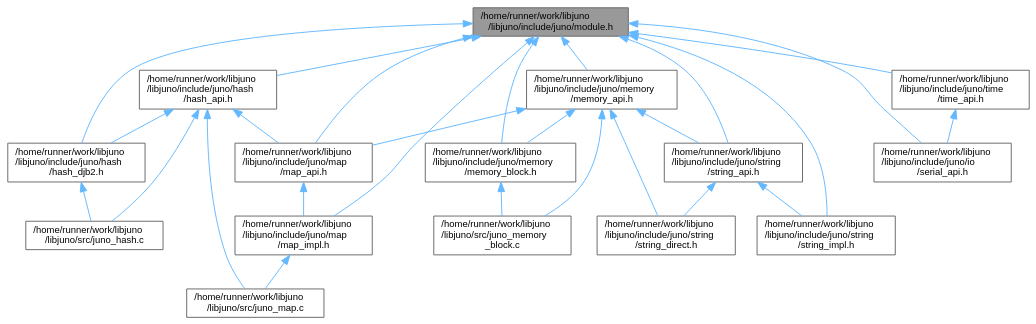
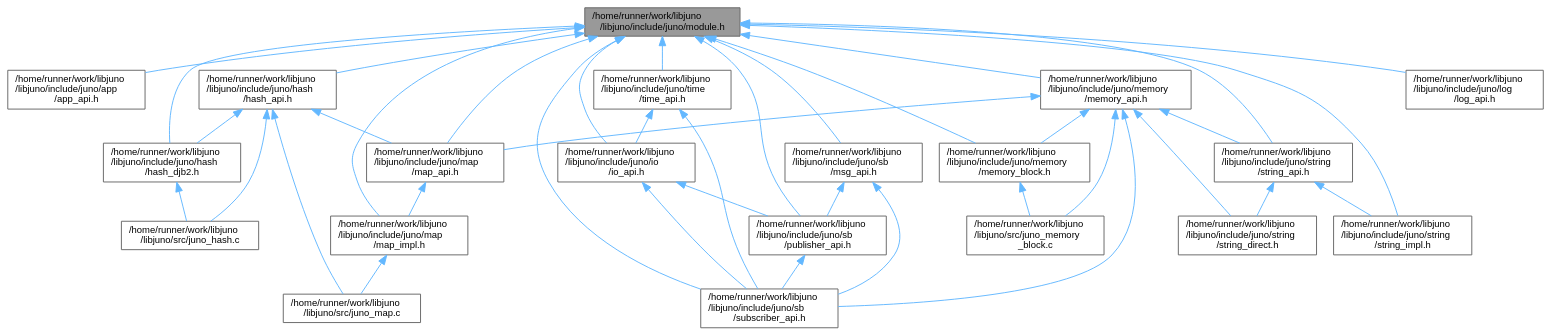
Before and after one commit to robinonsay/libjuno: the diagram in module_8h__dep__incl.dot, drawn with Graphviz. The commit also changed 227 other files, not shown here.

```diff
--- a/module_8h__dep__incl.dot
+++ b/module_8h__dep__incl.dot
@@ -6,43 +6,60 @@
   node [fontname=Helvetica,fontsize=10,shape=box,height=0.2,width=0.4];
   Node1 [id="Node000001",label="/home/runner/work/libjuno\l/libjuno/include/juno/module.h",height=0.2,width=0.4,color="gray40", fillcolor="grey60", style="filled", fontcolor="black",tooltip=" "];
   Node1 -> Node2 [id="edge1_Node000001_Node000002",dir="back",color="steelblue1",style="solid",tooltip=" "];
-  Node2 [id="Node000002",label="/home/runner/work/libjuno\l/libjuno/include/juno/hash\l/hash_api.h",height=0.2,width=0.4,color="grey40", fillcolor="white", style="filled",URL="$hash__api_8h.html",tooltip=" "];
-  Node2 -> Node3 [id="edge2_Node000002_Node000003",dir="back",color="steelblue1",style="solid",tooltip=" "];
-  Node3 [id="Node000003",label="/home/runner/work/libjuno\l/libjuno/include/juno/hash\l/hash_djb2.h",height=0.2,width=0.4,color="grey40", fillcolor="white", style="filled",URL="$hash__djb2_8h.html",tooltip=" "];
+  Node2 [id="Node000002",label="/home/runner/work/libjuno\l/libjuno/include/juno/app\l/app_api.h",height=0.2,width=0.4,color="grey40", fillcolor="white", style="filled",URL="$app__api_8h.html",tooltip=" "];
+  Node1 -> Node3 [id="edge2_Node000001_Node000003",dir="back",color="steelblue1",style="solid",tooltip=" "];
+  Node3 [id="Node000003",label="/home/runner/work/libjuno\l/libjuno/include/juno/hash\l/hash_api.h",height=0.2,width=0.4,color="grey40", fillcolor="white", style="filled",URL="$hash__api_8h.html",tooltip=" "];
   Node3 -> Node4 [id="edge3_Node000003_Node000004",dir="back",color="steelblue1",style="solid",tooltip=" "];
-  Node4 [id="Node000004",label="/home/runner/work/libjuno\l/libjuno/src/juno_hash.c",height=0.2,width=0.4,color="grey40", fillcolor="white", style="filled",URL="$juno__hash_8c.html",tooltip=" "];
-  Node2 -> Node5 [id="edge4_Node000002_Node000005",dir="back",color="steelblue1",style="solid",tooltip=" "];
-  Node5 [id="Node000005",label="/home/runner/work/libjuno\l/libjuno/include/juno/map\l/map_api.h",height=0.2,width=0.4,color="grey40", fillcolor="white", style="filled",URL="$map__api_8h.html",tooltip=" "];
-  Node5 -> Node6 [id="edge5_Node000005_Node000006",dir="back",color="steelblue1",style="solid",tooltip=" "];
-  Node6 [id="Node000006",label="/home/runner/work/libjuno\l/libjuno/include/juno/map\l/map_impl.h",height=0.2,width=0.4,color="grey40", fillcolor="white", style="filled",URL="$map__impl_8h.html",tooltip=" "];
+  Node4 [id="Node000004",label="/home/runner/work/libjuno\l/libjuno/include/juno/hash\l/hash_djb2.h",height=0.2,width=0.4,color="grey40", fillcolor="white", style="filled",URL="$hash__djb2_8h.html",tooltip=" "];
+  Node4 -> Node5 [id="edge4_Node000004_Node000005",dir="back",color="steelblue1",style="solid",tooltip=" "];
+  Node5 [id="Node000005",label="/home/runner/work/libjuno\l/libjuno/src/juno_hash.c",height=0.2,width=0.4,color="grey40", fillcolor="white", style="filled",URL="$juno__hash_8c.html",tooltip=" "];
+  Node3 -> Node6 [id="edge5_Node000003_Node000006",dir="back",color="steelblue1",style="solid",tooltip=" "];
+  Node6 [id="Node000006",label="/home/runner/work/libjuno\l/libjuno/include/juno/map\l/map_api.h",height=0.2,width=0.4,color="grey40", fillcolor="white", style="filled",URL="$map__api_8h.html",tooltip=" "];
   Node6 -> Node7 [id="edge6_Node000006_Node000007",dir="back",color="steelblue1",style="solid",tooltip=" "];
-  Node7 [id="Node000007",label="/home/runner/work/libjuno\l/libjuno/src/juno_map.c",height=0.2,width=0.4,color="grey40", fillcolor="white", style="filled",URL="$juno__map_8c.html",tooltip=" "];
-  Node2 -> Node4 [id="edge7_Node000002_Node000004",dir="back",color="steelblue1",style="solid",tooltip=" "];
-  Node2 -> Node7 [id="edge8_Node000002_Node000007",dir="back",color="steelblue1",style="solid",tooltip=" "];
-  Node1 -> Node3 [id="edge9_Node000001_Node000003",dir="back",color="steelblue1",style="solid",tooltip=" "];
-  Node1 -> Node8 [id="edge10_Node000001_Node000008",dir="back",color="steelblue1",style="solid",tooltip=" "];
-  Node8 [id="Node000008",label="/home/runner/work/libjuno\l/libjuno/include/juno/io\l/serial_api.h",height=0.2,width=0.4,color="grey40", fillcolor="white", style="filled",URL="$serial__api_8h.html",tooltip=" "];
-  Node1 -> Node5 [id="edge11_Node000001_Node000005",dir="back",color="steelblue1",style="solid",tooltip=" "];
-  Node1 -> Node6 [id="edge12_Node000001_Node000006",dir="back",color="steelblue1",style="solid",tooltip=" "];
-  Node1 -> Node9 [id="edge13_Node000001_Node000009",dir="back",color="steelblue1",style="solid",tooltip=" "];
-  Node9 [id="Node000009",label="/home/runner/work/libjuno\l/libjuno/include/juno/memory\l/memory_api.h",height=0.2,width=0.4,color="grey40", fillcolor="white", style="filled",URL="$memory__api_8h.html",tooltip=" "];
-  Node9 -> Node5 [id="edge14_Node000009_Node000005",dir="back",color="steelblue1",style="solid",tooltip=" "];
-  Node9 -> Node10 [id="edge15_Node000009_Node000010",dir="back",color="steelblue1",style="solid",tooltip=" "];
-  Node10 [id="Node000010",label="/home/runner/work/libjuno\l/libjuno/include/juno/memory\l/memory_block.h",height=0.2,width=0.4,color="grey40", fillcolor="white", style="filled",URL="$memory__block_8h.html",tooltip=" "];
-  Node10 -> Node11 [id="edge16_Node000010_Node000011",dir="back",color="steelblue1",style="solid",tooltip=" "];
-  Node11 [id="Node000011",label="/home/runner/work/libjuno\l/libjuno/src/juno_memory\l_block.c",height=0.2,width=0.4,color="grey40", fillcolor="white", style="filled",URL="$juno__memory__block_8c.html",tooltip=" "];
-  Node9 -> Node12 [id="edge17_Node000009_Node000012",dir="back",color="steelblue1",style="solid",tooltip=" "];
-  Node12 [id="Node000012",label="/home/runner/work/libjuno\l/libjuno/include/juno/string\l/string_api.h",height=0.2,width=0.4,color="grey40", fillcolor="white", style="filled",URL="$string__api_8h.html",tooltip=" "];
-  Node12 -> Node13 [id="edge18_Node000012_Node000013",dir="back",color="steelblue1",style="solid",tooltip=" "];
-  Node13 [id="Node000013",label="/home/runner/work/libjuno\l/libjuno/include/juno/string\l/string_direct.h",height=0.2,width=0.4,color="grey40", fillcolor="white", style="filled",URL="$string__direct_8h.html",tooltip=" "];
-  Node12 -> Node14 [id="edge19_Node000012_Node000014",dir="back",color="steelblue1",style="solid",tooltip=" "];
-  Node14 [id="Node000014",label="/home/runner/work/libjuno\l/libjuno/include/juno/string\l/string_impl.h",height=0.2,width=0.4,color="grey40", fillcolor="white", style="filled",URL="$string__impl_8h.html",tooltip=" "];
-  Node9 -> Node13 [id="edge20_Node000009_Node000013",dir="back",color="steelblue1",style="solid",tooltip=" "];
-  Node9 -> Node11 [id="edge21_Node000009_Node000011",dir="back",color="steelblue1",style="solid",tooltip=" "];
-  Node1 -> Node10 [id="edge22_Node000001_Node000010",dir="back",color="steelblue1",style="solid",tooltip=" "];
-  Node1 -> Node12 [id="edge23_Node000001_Node000012",dir="back",color="steelblue1",style="solid",tooltip=" "];
-  Node1 -> Node14 [id="edge24_Node000001_Node000014",dir="back",color="steelblue1",style="solid",tooltip=" "];
-  Node1 -> Node15 [id="edge25_Node000001_Node000015",dir="back",color="steelblue1",style="solid",tooltip=" "];
-  Node15 [id="Node000015",label="/home/runner/work/libjuno\l/libjuno/include/juno/time\l/time_api.h",height=0.2,width=0.4,color="grey40", fillcolor="white", style="filled",URL="$time__api_8h.html",tooltip=" "];
-  Node15 -> Node8 [id="edge26_Node000015_Node000008",dir="back",color="steelblue1",style="solid",tooltip=" "];
+  Node7 [id="Node000007",label="/home/runner/work/libjuno\l/libjuno/include/juno/map\l/map_impl.h",height=0.2,width=0.4,color="grey40", fillcolor="white", style="filled",URL="$map__impl_8h.html",tooltip=" "];
+  Node7 -> Node8 [id="edge7_Node000007_Node000008",dir="back",color="steelblue1",style="solid",tooltip=" "];
+  Node8 [id="Node000008",label="/home/runner/work/libjuno\l/libjuno/src/juno_map.c",height=0.2,width=0.4,color="grey40", fillcolor="white", style="filled",URL="$juno__map_8c.html",tooltip=" "];
+  Node3 -> Node5 [id="edge8_Node000003_Node000005",dir="back",color="steelblue1",style="solid",tooltip=" "];
+  Node3 -> Node8 [id="edge9_Node000003_Node000008",dir="back",color="steelblue1",style="solid",tooltip=" "];
+  Node1 -> Node4 [id="edge10_Node000001_Node000004",dir="back",color="steelblue1",style="solid",tooltip=" "];
+  Node1 -> Node9 [id="edge11_Node000001_Node000009",dir="back",color="steelblue1",style="solid",tooltip=" "];
+  Node9 [id="Node000009",label="/home/runner/work/libjuno\l/libjuno/include/juno/io\l/io_api.h",height=0.2,width=0.4,color="grey40", fillcolor="white", style="filled",URL="$io__api_8h.html",tooltip=" "];
+  Node9 -> Node10 [id="edge12_Node000009_Node000010",dir="back",color="steelblue1",style="solid",tooltip=" "];
+  Node10 [id="Node000010",label="/home/runner/work/libjuno\l/libjuno/include/juno/sb\l/publisher_api.h",height=0.2,width=0.4,color="grey40", fillcolor="white", style="filled",URL="$publisher__api_8h.html",tooltip=" "];
+  Node10 -> Node11 [id="edge13_Node000010_Node000011",dir="back",color="steelblue1",style="solid",tooltip=" "];
+  Node11 [id="Node000011",label="/home/runner/work/libjuno\l/libjuno/include/juno/sb\l/subscriber_api.h",height=0.2,width=0.4,color="grey40", fillcolor="white", style="filled",URL="$subscriber__api_8h.html",tooltip=" "];
+  Node9 -> Node11 [id="edge14_Node000009_Node000011",dir="back",color="steelblue1",style="solid",tooltip=" "];
+  Node1 -> Node12 [id="edge15_Node000001_Node000012",dir="back",color="steelblue1",style="solid",tooltip=" "];
+  Node12 [id="Node000012",label="/home/runner/work/libjuno\l/libjuno/include/juno/log\l/log_api.h",height=0.2,width=0.4,color="grey40", fillcolor="white", style="filled",URL="$log__api_8h.html",tooltip=" "];
+  Node1 -> Node6 [id="edge16_Node000001_Node000006",dir="back",color="steelblue1",style="solid",tooltip=" "];
+  Node1 -> Node7 [id="edge17_Node000001_Node000007",dir="back",color="steelblue1",style="solid",tooltip=" "];
+  Node1 -> Node13 [id="edge18_Node000001_Node000013",dir="back",color="steelblue1",style="solid",tooltip=" "];
+  Node13 [id="Node000013",label="/home/runner/work/libjuno\l/libjuno/include/juno/memory\l/memory_api.h",height=0.2,width=0.4,color="grey40", fillcolor="white", style="filled",URL="$memory__api_8h.html",tooltip=" "];
+  Node13 -> Node6 [id="edge19_Node000013_Node000006",dir="back",color="steelblue1",style="solid",tooltip=" "];
+  Node13 -> Node14 [id="edge20_Node000013_Node000014",dir="back",color="steelblue1",style="solid",tooltip=" "];
+  Node14 [id="Node000014",label="/home/runner/work/libjuno\l/libjuno/include/juno/memory\l/memory_block.h",height=0.2,width=0.4,color="grey40", fillcolor="white", style="filled",URL="$memory__block_8h.html",tooltip=" "];
+  Node14 -> Node15 [id="edge21_Node000014_Node000015",dir="back",color="steelblue1",style="solid",tooltip=" "];
+  Node15 [id="Node000015",label="/home/runner/work/libjuno\l/libjuno/src/juno_memory\l_block.c",height=0.2,width=0.4,color="grey40", fillcolor="white", style="filled",URL="$juno__memory__block_8c.html",tooltip=" "];
+  Node13 -> Node11 [id="edge22_Node000013_Node000011",dir="back",color="steelblue1",style="solid",tooltip=" "];
+  Node13 -> Node16 [id="edge23_Node000013_Node000016",dir="back",color="steelblue1",style="solid",tooltip=" "];
+  Node16 [id="Node000016",label="/home/runner/work/libjuno\l/libjuno/include/juno/string\l/string_api.h",height=0.2,width=0.4,color="grey40", fillcolor="white", style="filled",URL="$string__api_8h.html",tooltip=" "];
+  Node16 -> Node17 [id="edge24_Node000016_Node000017",dir="back",color="steelblue1",style="solid",tooltip=" "];
+  Node17 [id="Node000017",label="/home/runner/work/libjuno\l/libjuno/include/juno/string\l/string_direct.h",height=0.2,width=0.4,color="grey40", fillcolor="white", style="filled",URL="$string__direct_8h.html",tooltip=" "];
+  Node16 -> Node18 [id="edge25_Node000016_Node000018",dir="back",color="steelblue1",style="solid",tooltip=" "];
+  Node18 [id="Node000018",label="/home/runner/work/libjuno\l/libjuno/include/juno/string\l/string_impl.h",height=0.2,width=0.4,color="grey40", fillcolor="white", style="filled",URL="$string__impl_8h.html",tooltip=" "];
+  Node13 -> Node17 [id="edge26_Node000013_Node000017",dir="back",color="steelblue1",style="solid",tooltip=" "];
+  Node13 -> Node15 [id="edge27_Node000013_Node000015",dir="back",color="steelblue1",style="solid",tooltip=" "];
+  Node1 -> Node14 [id="edge28_Node000001_Node000014",dir="back",color="steelblue1",style="solid",tooltip=" "];
+  Node1 -> Node19 [id="edge29_Node000001_Node000019",dir="back",color="steelblue1",style="solid",tooltip=" "];
+  Node19 [id="Node000019",label="/home/runner/work/libjuno\l/libjuno/include/juno/sb\l/msg_api.h",height=0.2,width=0.4,color="grey40", fillcolor="white", style="filled",URL="$msg__api_8h.html",tooltip=" "];
+  Node19 -> Node10 [id="edge30_Node000019_Node000010",dir="back",color="steelblue1",style="solid",tooltip=" "];
+  Node19 -> Node11 [id="edge31_Node000019_Node000011",dir="back",color="steelblue1",style="solid",tooltip=" "];
+  Node1 -> Node10 [id="edge32_Node000001_Node000010",dir="back",color="steelblue1",style="solid",tooltip=" "];
+  Node1 -> Node11 [id="edge33_Node000001_Node000011",dir="back",color="steelblue1",style="solid",tooltip=" "];
+  Node1 -> Node16 [id="edge34_Node000001_Node000016",dir="back",color="steelblue1",style="solid",tooltip=" "];
+  Node1 -> Node18 [id="edge35_Node000001_Node000018",dir="back",color="steelblue1",style="solid",tooltip=" "];
+  Node1 -> Node20 [id="edge36_Node000001_Node000020",dir="back",color="steelblue1",style="solid",tooltip=" "];
+  Node20 [id="Node000020",label="/home/runner/work/libjuno\l/libjuno/include/juno/time\l/time_api.h",height=0.2,width=0.4,color="grey40", fillcolor="white", style="filled",URL="$time__api_8h.html",tooltip=" "];
+  Node20 -> Node9 [id="edge37_Node000020_Node000009",dir="back",color="steelblue1",style="solid",tooltip=" "];
+  Node20 -> Node11 [id="edge38_Node000020_Node000011",dir="back",color="steelblue1",style="solid",tooltip=" "];
 }
```
